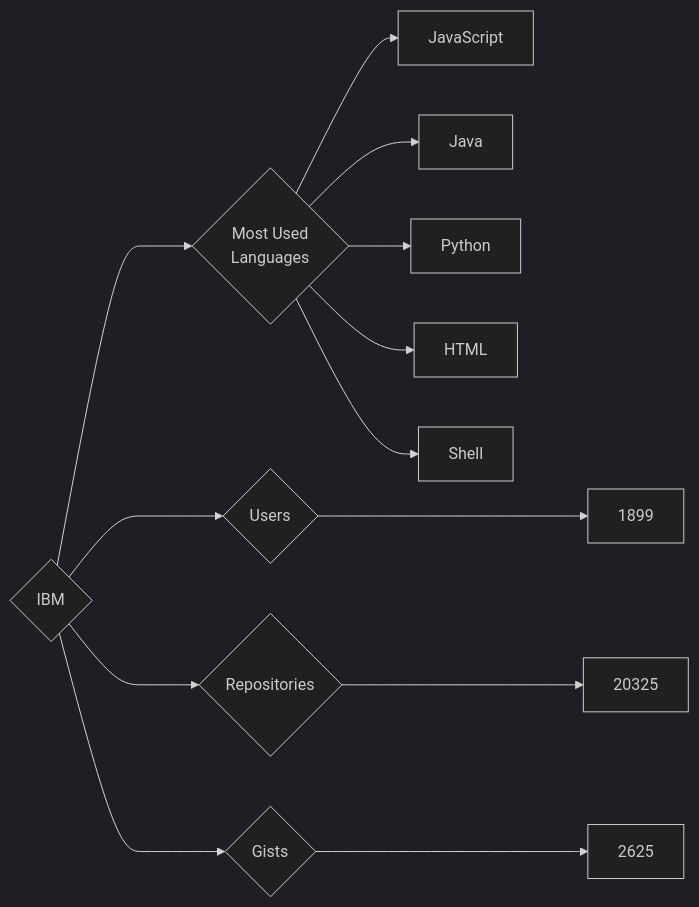
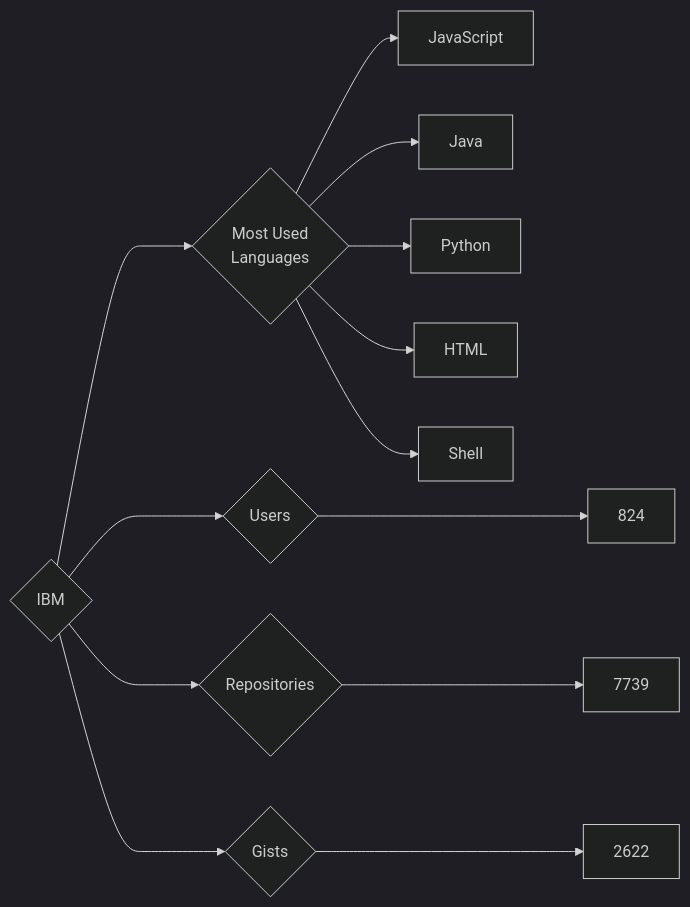
One commit to trickest/insiders changed the diagram in targets/IBM/README.md. Above: the diagram before and after it, drawn with Mermaid (dark theme). The commit also changed 633 other files, not shown here.

````diff
--- a/targets/IBM/README.md
+++ b/targets/IBM/README.md
@@ -3,13 +3,13 @@
 ```mermaid
 graph LR
 COMPANY_NAME{IBM}
-COMPANY_NAME ---> U{Users} ---> UN[1899]
-COMPANY_NAME ---> R{Repositories} ---> RN[20325]
-COMPANY_NAME ---> G{Gists} ---> GN[2625]
+COMPANY_NAME ---> U{Users} ---> UN[824]
+COMPANY_NAME ---> R{Repositories} ---> RN[7739]
+COMPANY_NAME ---> G{Gists} ---> GN[2622]
 COMPANY_NAME ---> ML{Most Used<br>Languages}
 ML --> JavaScript[JavaScript]
 ML --> Java[Java]
 ML --> Python[Python]
 ML --> HTML[HTML]
 ML --> Shell[Shell]
 ```
````
